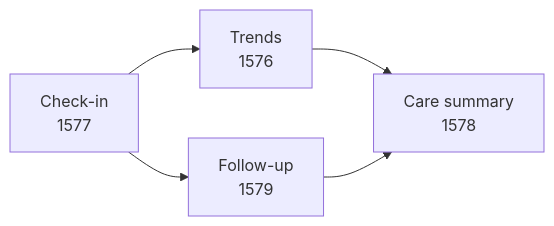
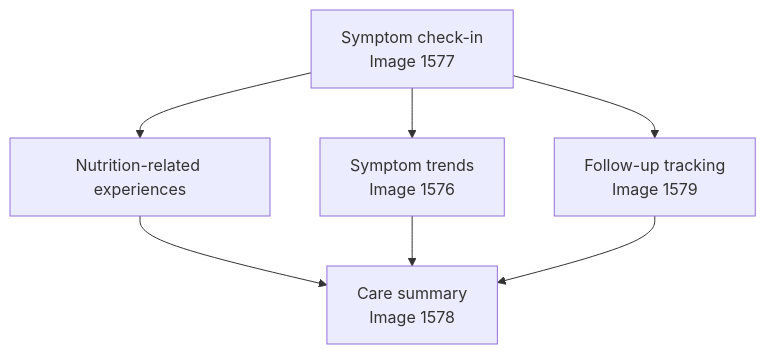
The first of 2 diagrams in README.md (ut1776/nourish-ssc), drawn with Mermaid before and after one commit. The commit also changed other lines of this file, not shown here.

````diff
--- a/README.md
+++ b/README.md
@@ -41,7 +86,15 @@
 ```mermaid
-flowchart LR
-    A["Check-in<br/>1577"] --> B["Trends<br/>1576"]
-    A --> C["Follow-up<br/>1579"]
-    B --> D["Care summary<br/>1578"]
-    C --> D
+flowchart TD
+    A["Symptom check-in<br/>Image 1577"]
+    B["Nutrition-related experiences"]
+    C["Symptom trends<br/>Image 1576"]
+    D["Follow-up tracking<br/>Image 1579"]
+    E["Care summary<br/>Image 1578"]
+
+    A --> B
+    A --> C
+    A --> D
+    B --> E
+    C --> E
+    D --> E
 ```
````
